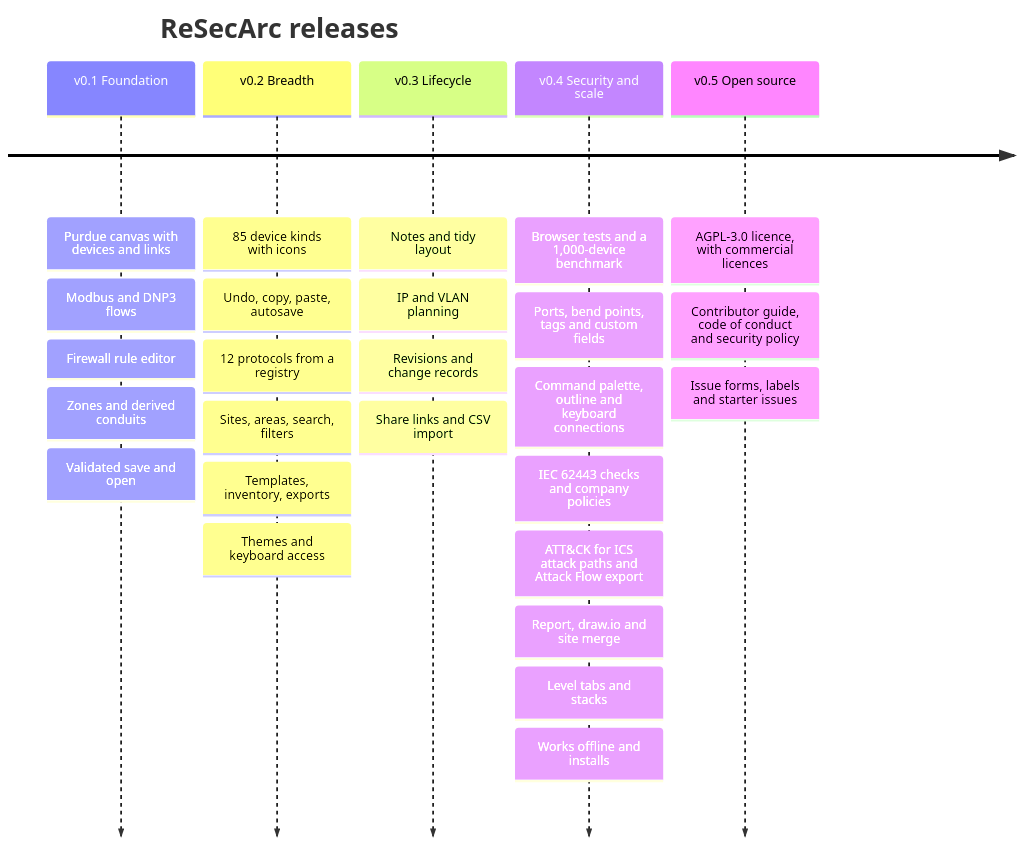
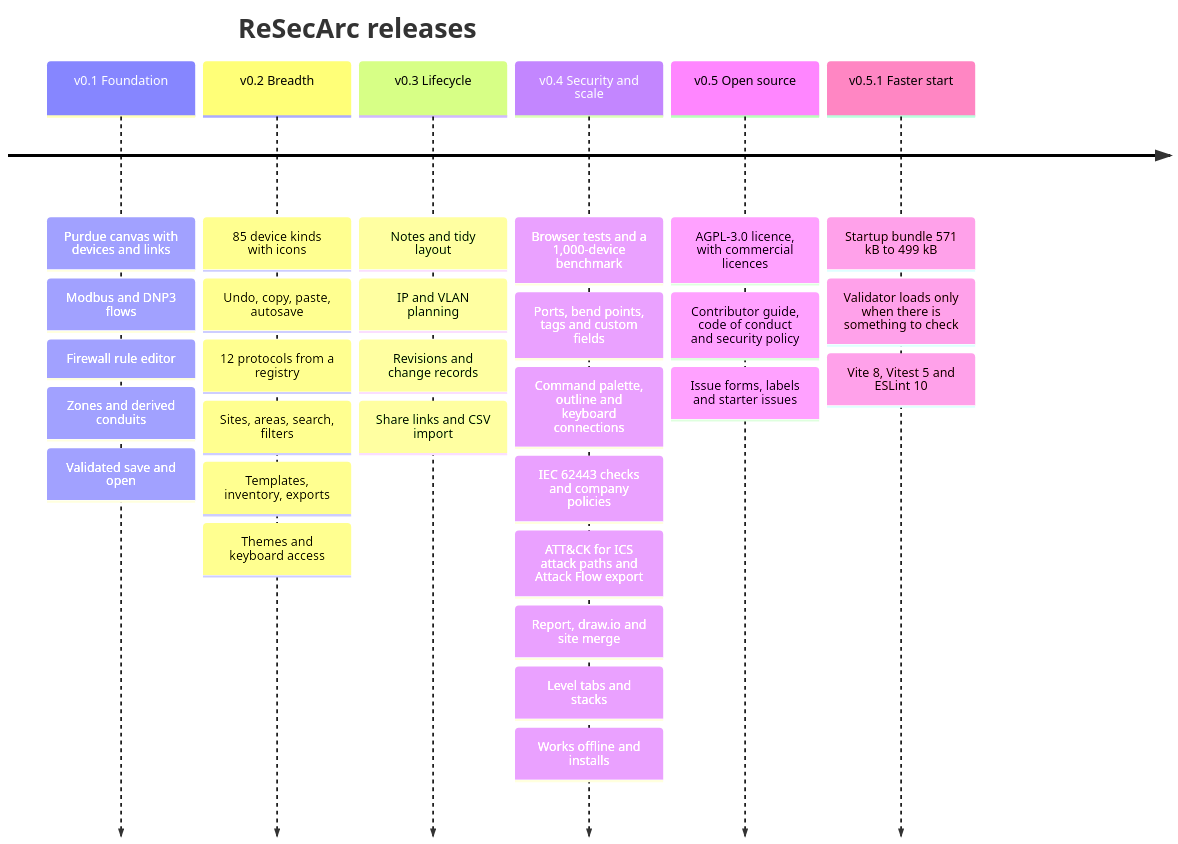
One commit to vijaykumargowdakk/ReSecArc changed diagram 32 of 32 in README.md. Above: the diagram before and after it, drawn with Mermaid. The commit also changed 5 other files, not shown here.

First line of the commit message:
Version 0.5.1 "Faster start"

````diff
--- a/README.md
+++ b/README.md
@@ -1433,9 +1433,10 @@
 ```mermaid
 timeline
     title ReSecArc releases
     v0.1 Foundation : Purdue canvas with devices and links : Modbus and DNP3 flows : Firewall rule editor : Zones and derived conduits : Validated save and open
     v0.2 Breadth : 85 device kinds with icons : Undo, copy, paste, autosave : 12 protocols from a registry : Sites, areas, search, filters : Templates, inventory, exports : Themes and keyboard access
     v0.3 Lifecycle : Notes and tidy layout : IP and VLAN planning : Revisions and change records : Share links and CSV import
     v0.4 Security and scale : Browser tests and a 1,000-device benchmark : Ports, bend points, tags and custom fields : Command palette, outline and keyboard connections : IEC 62443 checks and company policies : ATT&CK for ICS attack paths and Attack Flow export : Report, draw.io and site merge : Level tabs and stacks : Works offline and installs
     v0.5 Open source : AGPL-3.0 licence, with commercial licences : Contributor guide, code of conduct and security policy : Issue forms, labels and starter issues
+    v0.5.1 Faster start : Startup bundle 571 kB to 499 kB : Validator loads only when there is something to check : Vite 8, Vitest 5 and ESLint 10
 ```
````
